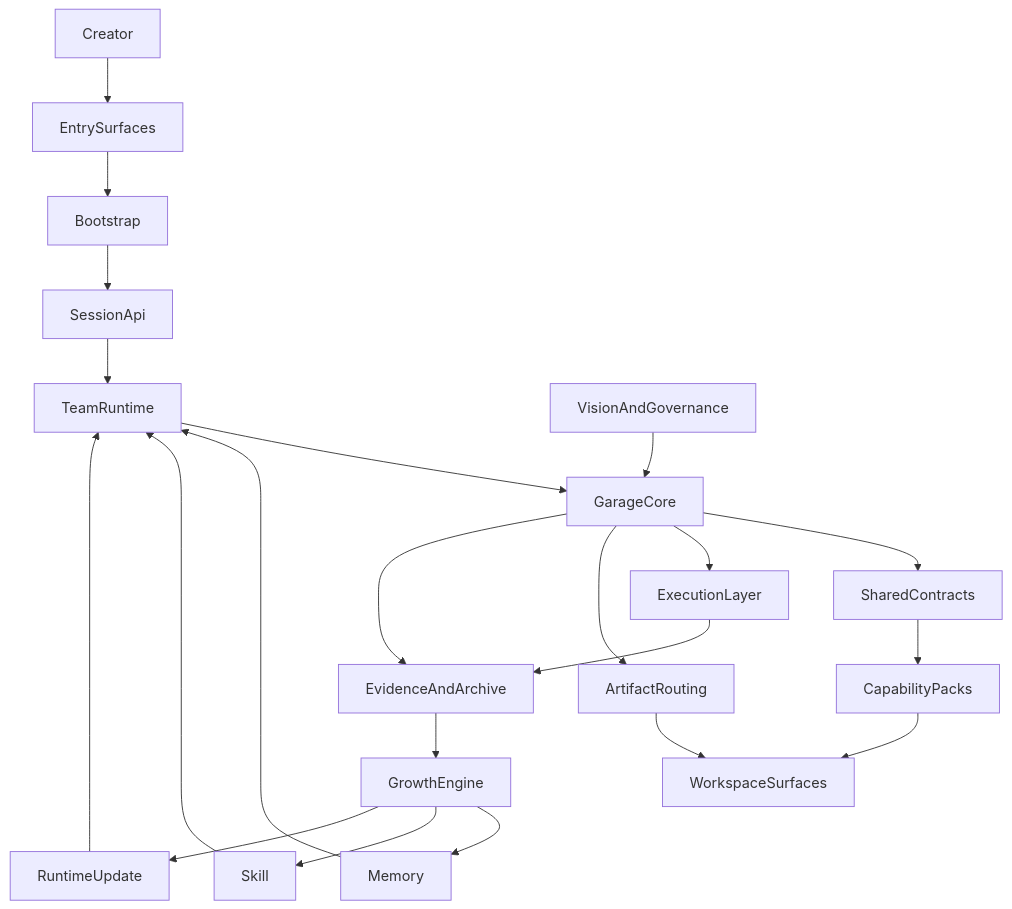
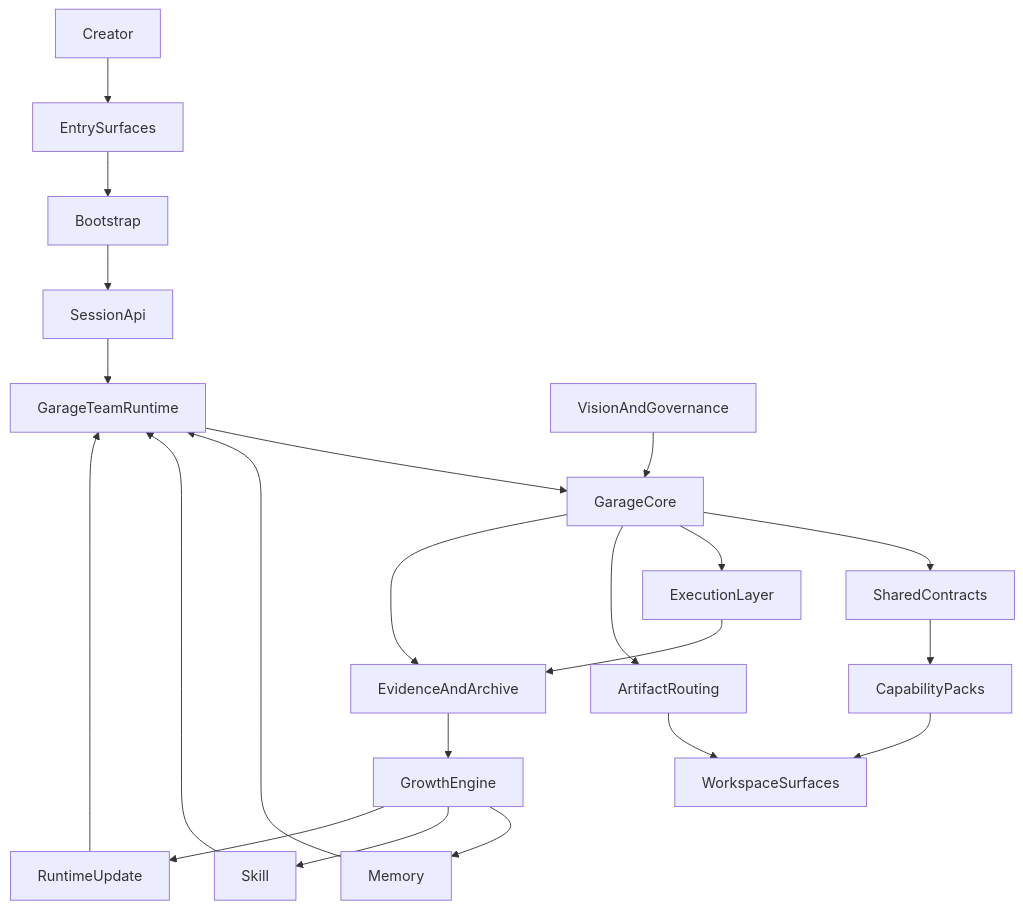
The diagram in docs/architecture/A140-garage-system-architecture.md (hujianbest/garage-teams), drawn with Mermaid before and after one commit. The commit also changed other lines of this file and 8 other files, not shown here.

````diff
--- a/docs/architecture/A140-garage-system-architecture.md
+++ b/docs/architecture/A140-garage-system-architecture.md
@@ -120,29 +131,29 @@
 ```mermaid
 flowchart TB
     creator[Creator] --> entry[EntrySurfaces]
     entry --> bootstrap[Bootstrap]
     bootstrap --> sessionApi[SessionApi]
-    sessionApi --> team[TeamRuntime]
+    sessionApi --> team[GarageTeamRuntime]
     team --> core[GarageCore]
 
     governance[VisionAndGovernance] --> core
     core --> contracts[SharedContracts]
     contracts --> packs[CapabilityPacks]
 
     core --> exec[ExecutionLayer]
     core --> routing[ArtifactRouting]
     core --> evidence[EvidenceAndArchive]
 
     routing --> workspace[WorkspaceSurfaces]
     exec --> evidence
     packs --> workspace
 
     evidence --> growth[GrowthEngine]
     growth --> memory[Memory]
     growth --> skill[Skill]
     growth --> runtimeUpdate[RuntimeUpdate]
 
     memory --> team
     skill --> team
     runtimeUpdate --> team
 ```
````
